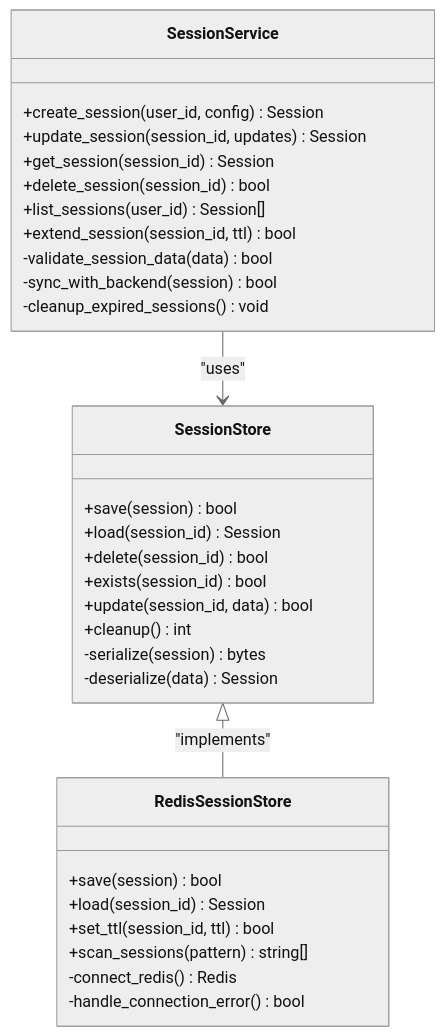
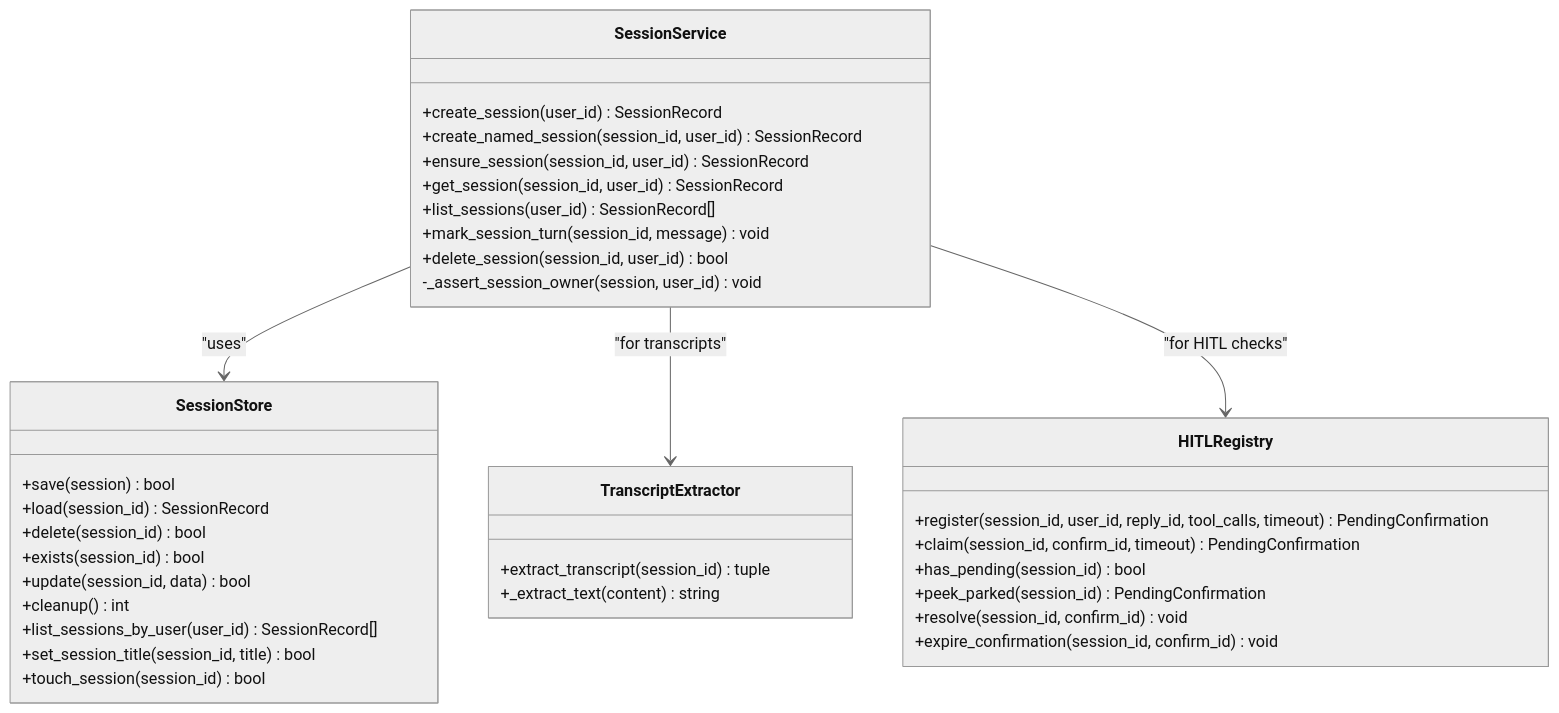
One commit to metasync/luban-aiops changed the third of 10 diagrams in .qoder/repowiki/en/content/API Reference/Agent Platform API/Session Management API.md. Above: the diagram before and after it, drawn with Mermaid (neutral theme). The commit also changed other lines of this file and 43 other files, not shown here.

````diff
--- a/.qoder/repowiki/en/content/API Reference/Agent Platform API/Session Management API.md
+++ b/.qoder/repowiki/en/content/API Reference/Agent Platform API/Session Management API.md
@@ -139,34 +158,39 @@
 ```mermaid
 classDiagram
 class SessionService {
-+create_session(user_id, config) Session
-+update_session(session_id, updates) Session
-+get_session(session_id) Session
-+delete_session(session_id) bool
-+list_sessions(user_id) Session[]
-+extend_session(session_id, ttl) bool
--validate_session_data(data) bool
--sync_with_backend(session) bool
--cleanup_expired_sessions() void
++create_session(user_id) SessionRecord
++create_named_session(session_id, user_id) SessionRecord
++ensure_session(session_id, user_id) SessionRecord
++get_session(session_id, user_id) SessionRecord
++list_sessions(user_id) SessionRecord[]
++mark_session_turn(session_id, message) void
++delete_session(session_id, user_id) bool
+-_assert_session_owner(session, user_id) void
 }
 class SessionStore {
 +save(session) bool
-+load(session_id) Session
++load(session_id) SessionRecord
 +delete(session_id) bool
 +exists(session_id) bool
 +update(session_id, data) bool
 +cleanup() int
--serialize(session) bytes
--deserialize(data) Session
++list_sessions_by_user(user_id) SessionRecord[]
++set_session_title(session_id, title) bool
++touch_session(session_id) bool
 }
-class RedisSessionStore {
-+save(session) bool
-+load(session_id) Session
-+set_ttl(session_id, ttl) bool
-+scan_sessions(pattern) string[]
--connect_redis() Redis
--handle_connection_error() bool
+class TranscriptExtractor {
++extract_transcript(session_id) tuple
++_extract_text(content) string
+}
+class HITLRegistry {
++register(session_id, user_id, reply_id, tool_calls, timeout) PendingConfirmation
++claim(session_id, confirm_id, timeout) PendingConfirmation
++has_pending(session_id) bool
++peek_parked(session_id) PendingConfirmation
++resolve(session_id, confirm_id) void
++expire_confirmation(session_id, confirm_id) void
 }
 SessionService --> SessionStore : "uses"
-SessionStore <|-- RedisSessionStore : "implements"
+SessionService --> TranscriptExtractor : "for transcripts"
+SessionService --> HITLRegistry : "for HITL checks"
 ```
````
